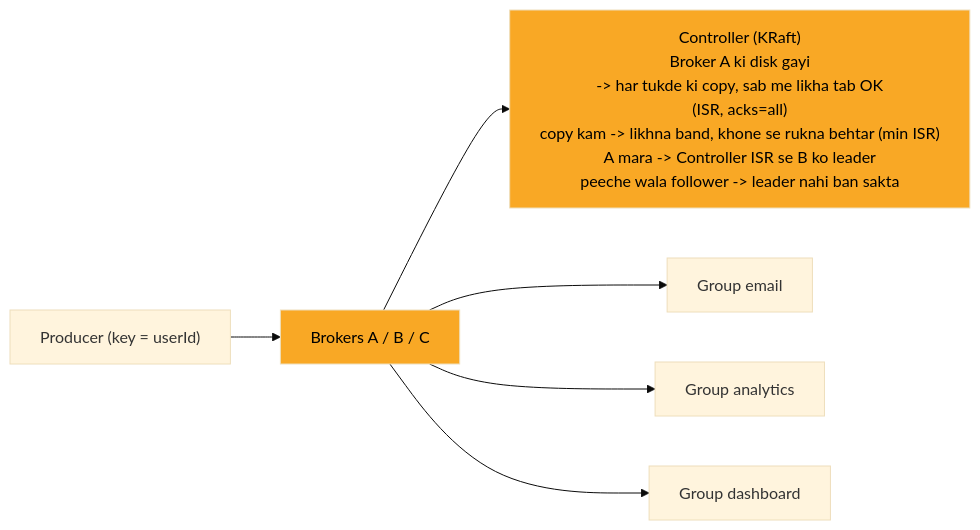
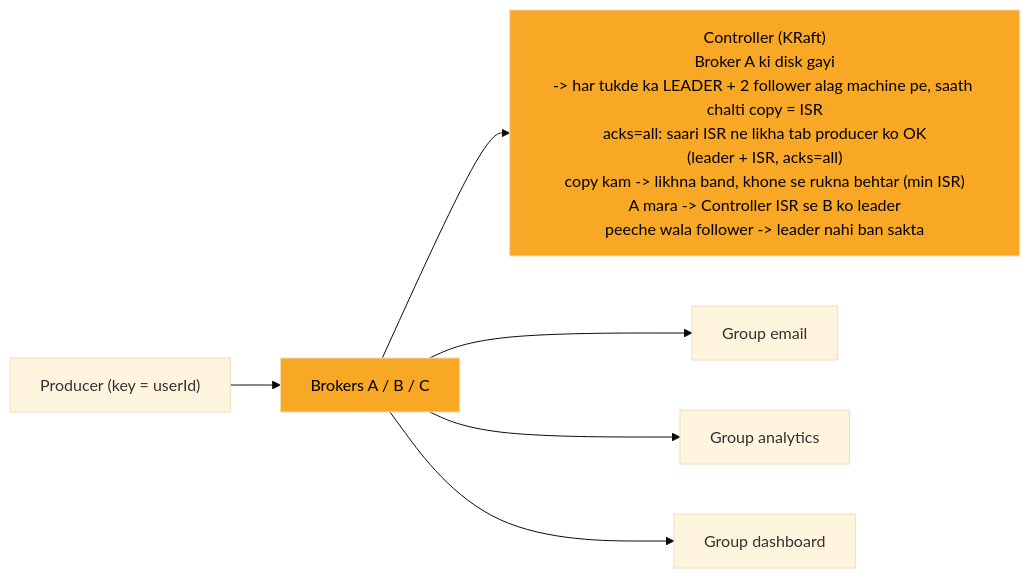
Before and after one commit to ArpanMaheshwari144/Prep: the seventh of 12 diagrams in 04_HLD/SYSTEM_DESIGNS/12_message_queue_kafka/12_message_queue_kafka.md, drawn with Mermaid (base theme). The commit also changed other lines of this file and 13 other files, not shown here.

````diff
--- a/04_HLD/SYSTEM_DESIGNS/12_message_queue_kafka/12_message_queue_kafka.md
+++ b/04_HLD/SYSTEM_DESIGNS/12_message_queue_kafka/12_message_queue_kafka.md
@@ -242,17 +245,17 @@
 ```mermaid
 %%{init: {"flowchart": {"wrappingWidth": 450}}}%%
 flowchart LR
     n_P["Producer (key = userId)"]
     n_B["Brokers A / B / C"]
-    n_K["Controller (KRaft)<br/>Broker A ki disk gayi<br/>-> har tukde ki copy, sab me likha tab OK<br/>(ISR, acks=all)<br/>copy kam -> likhna band, khone se rukna behtar (min ISR)<br/>A mara -> Controller ISR se B ko leader<br/>peeche wala follower -> leader nahi ban sakta"]
+    n_K["Controller (KRaft)<br/>Broker A ki disk gayi<br/>-> har tukde ka LEADER + 2 follower alag machine pe, saath chalti copy = ISR<br/>acks=all: saari ISR ne likha tab producer ko OK<br/>(leader + ISR, acks=all)<br/>copy kam -> likhna band, khone se rukna behtar (min ISR)<br/>A mara -> Controller ISR se B ko leader<br/>peeche wala follower -> leader nahi ban sakta"]
     n_GE["Group email"]
     n_GA["Group analytics"]
     n_GD["Group dashboard"]
     n_P --> n_B
     n_B --> n_K
     n_B --> n_GE
     n_B --> n_GA
     n_B --> n_GD
     style n_K fill:#f9a825,color:#000
     style n_B fill:#f9a825,color:#000
 ```
````
